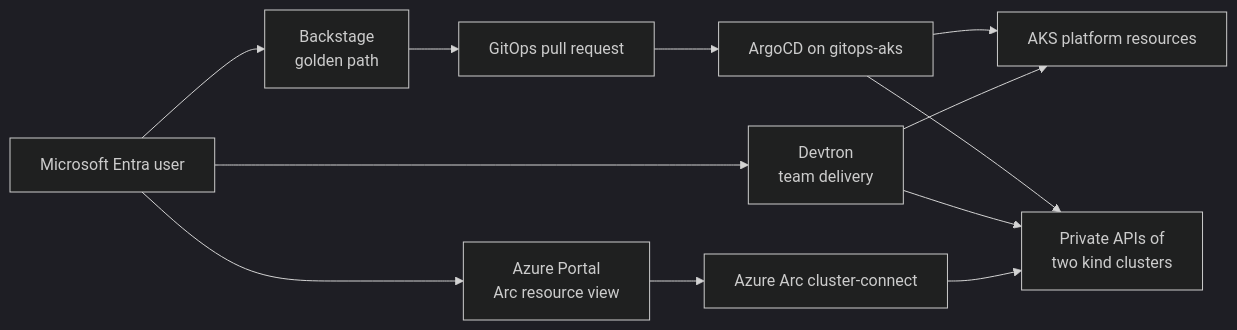
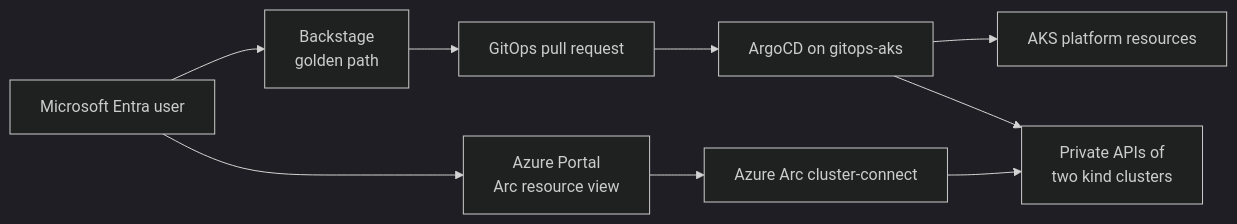
The first of 2 diagrams in docs/customer-demo-deployment-and-troubleshooting.md (zhangchl007/aks-platform-engineering), drawn with Mermaid (dark theme) before and after one commit. The commit also changed other lines of this file and 15 other files, not shown here.

````diff
--- a/docs/customer-demo-deployment-and-troubleshooting.md
+++ b/docs/customer-demo-deployment-and-troubleshooting.md
@@ -36,14 +36,11 @@
 ```mermaid
 flowchart LR
   User["Microsoft Entra user"] --> Backstage["Backstage<br/>golden path"]
-  User --> Devtron["Devtron<br/>team delivery"]
   User --> Portal["Azure Portal<br/>Arc resource view"]
   Backstage --> PR["GitOps pull request"]
   PR --> Argo["ArgoCD on gitops-aks"]
   Argo --> AKS["AKS platform resources"]
   Argo --> Kind["Private APIs of<br/>two kind clusters"]
-  Devtron --> Kind
-  Devtron --> AKS
   Portal --> Arc["Azure Arc cluster-connect"]
   Arc --> Kind
 ```
````
